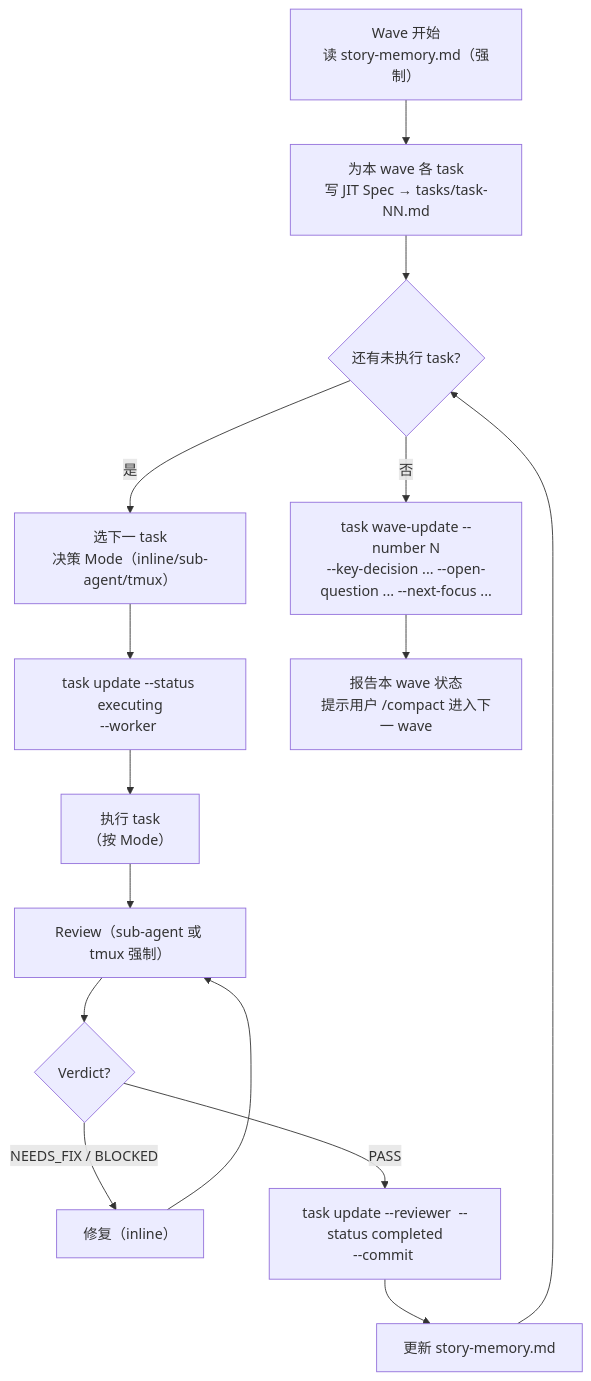
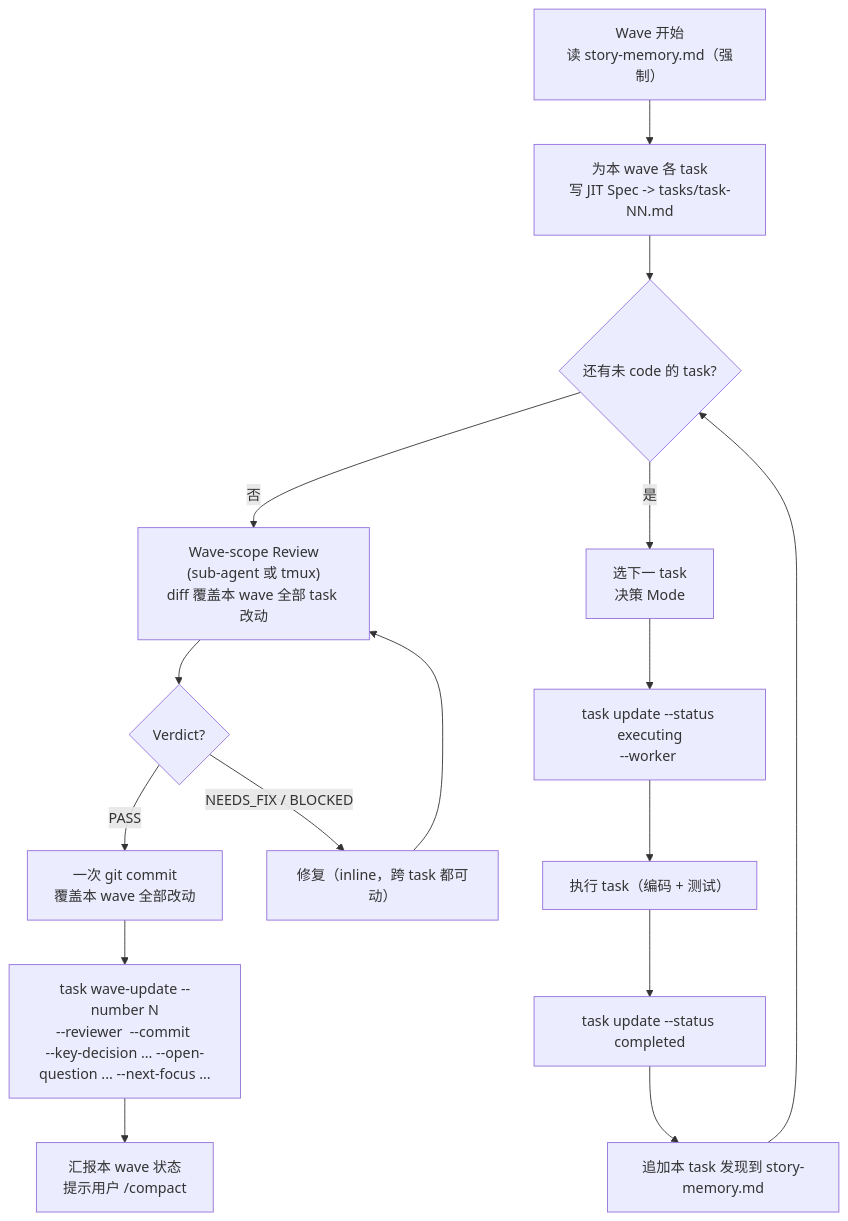
Before and after one commit to Jiangwlee/oh-my-superpowers: the diagram in skills/kickoff/references/execution.md, drawn with Mermaid. The commit also changed other lines of this file and 12 other files, not shown here.

First line of the commit message:
docs(kickoff): polish docs, switch review to wave-scope, clarify orchestrator role

````diff
--- a/skills/kickoff/references/execution.md
+++ b/skills/kickoff/references/execution.md
@@ -120,31 +132,33 @@
 ```mermaid
 flowchart TD
     A["Wave 开始<br/>读 story-memory.md（强制）"]
-    B["为本 wave 各 task<br/>写 JIT Spec → tasks/task-NN.md"]
-    C{"还有未执行 task?"}
-    D["选下一 task<br/>决策 Mode（inline/sub-agent/tmux）"]
+    B["为本 wave 各 task<br/>写 JIT Spec -> tasks/task-NN.md"]
+    C{"还有未 code 的 task?"}
+    D["选下一 task<br/>决策 Mode"]
     E["task update --status executing<br/>--worker <id>"]
-    F["执行 task<br/>（按 Mode）"]
-    G["Review（sub-agent 或 tmux 强制）"]
-    H{"Verdict?"}
-    I["修复（inline）"]
-    J["task update --reviewer <id> --status completed<br/>--commit <sha>"]
-    K["更新 story-memory.md"]
-    L["task wave-update --number N<br/>--key-decision ... --open-question ... --next-focus ..."]
-    M["报告本 wave 状态<br/>提示用户 /compact 进入下一 wave"]
+    F["执行 task（编码 + 测试）"]
+    G["task update --status completed"]
+    H["追加本 task 发现到 story-memory.md"]
+    R["Wave-scope Review<br/>(sub-agent 或 tmux)<br/>diff 覆盖本 wave 全部 task 改动"]
+    Q{"Verdict?"}
+    X["修复（inline，跨 task 都可动）"]
+    Y["一次 git commit<br/>覆盖本 wave 全部改动"]
+    L["task wave-update --number N<br/>--reviewer <id> --commit <sha><br/>--key-decision ... --open-question ... --next-focus ..."]
+    M["汇报本 wave 状态<br/>提示用户 /compact"]
 
     A --> B
     B --> C
     C -->|是| D
     D --> E
     E --> F
     F --> G
     G --> H
-    H -->|NEEDS_FIX / BLOCKED| I
-    I --> G
-    H -->|PASS| J
-    J --> K
-    K --> C
-    C -->|否| L
+    H --> C
+    C -->|否| R
+    R --> Q
+    Q -->|NEEDS_FIX / BLOCKED| X
+    X --> R
+    Q -->|PASS| Y
+    Y --> L
     L --> M
 ```
````
